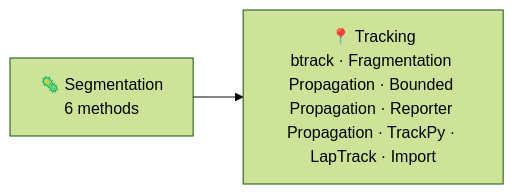
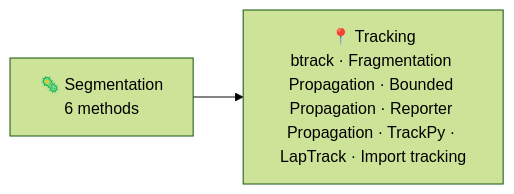
One commit to imAIgene-Dream3D/BEHAV3D-Explorer changed the diagram in docs/source/processing/index.md. Above: the diagram before and after it, drawn with Mermaid (forest theme). The commit also changed other lines of this file and 52 other files, not shown here.

````diff
--- a/docs/source/processing/index.md
+++ b/docs/source/processing/index.md
@@ -5,4 +5,4 @@
 ```{mermaid}
 flowchart LR
-    Seg["🦠 Segmentation<br/>6 methods"] --> Trk["📍 Tracking<br/>btrack · Fragmentation Propagation · Bounded Propagation · Reporter Propagation · TrackPy · LapTrack · Import"]
+    Seg["🦠 Segmentation<br/>6 methods"] --> Trk["📍 Tracking<br/>btrack · Fragmentation Propagation · Bounded Propagation · Reporter Propagation · TrackPy · LapTrack · Import tracking"]
 ```
````
